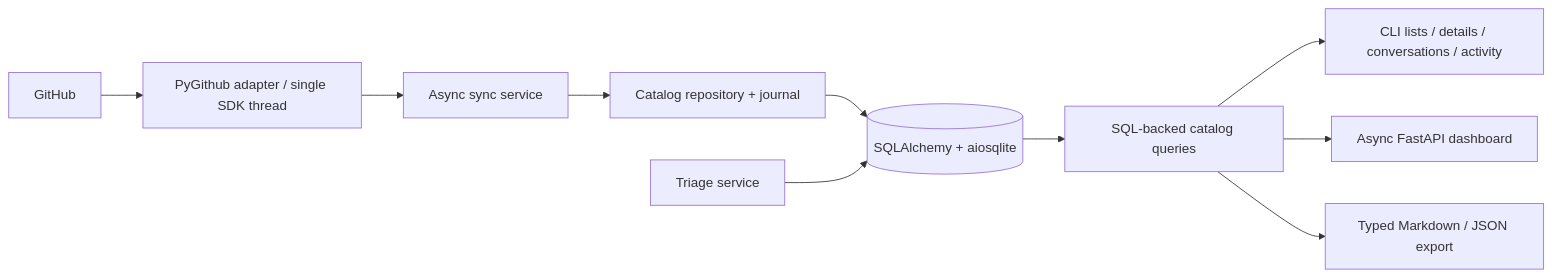
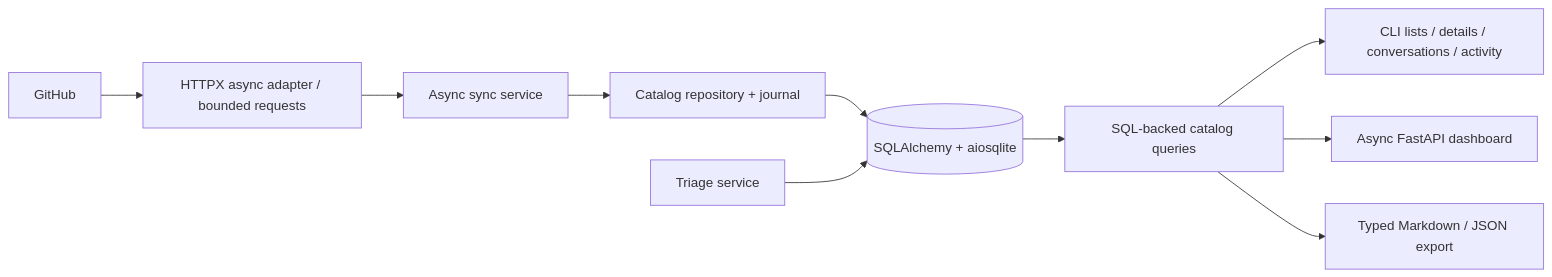
Before and after one commit to jufty-bot/gh-maintainer: the diagram in docs/architecture.md, drawn with Mermaid. The commit also changed other lines of this file and 23 other files, not shown here.

````diff
--- a/docs/architecture.md
+++ b/docs/architecture.md
@@ -11,12 +11,12 @@
 ```mermaid
 flowchart LR
-    G[GitHub] --> P[PyGithub adapter / single SDK thread]
+    G[GitHub] --> P[HTTPX async adapter / bounded requests]
     P --> S[Async sync service]
     S --> R[Catalog repository + journal]
     R --> D[(SQLAlchemy + aiosqlite)]
     D --> Q[SQL-backed catalog queries]
     Q --> C[CLI lists / details / conversations / activity]
     Q --> A[Async FastAPI dashboard]
     Q --> E[Typed Markdown / JSON export]
     T[Triage service] --> D
 ```
````
